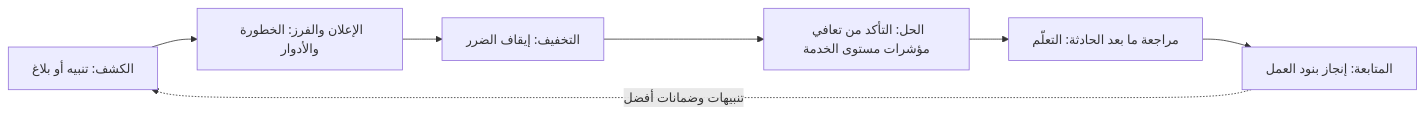
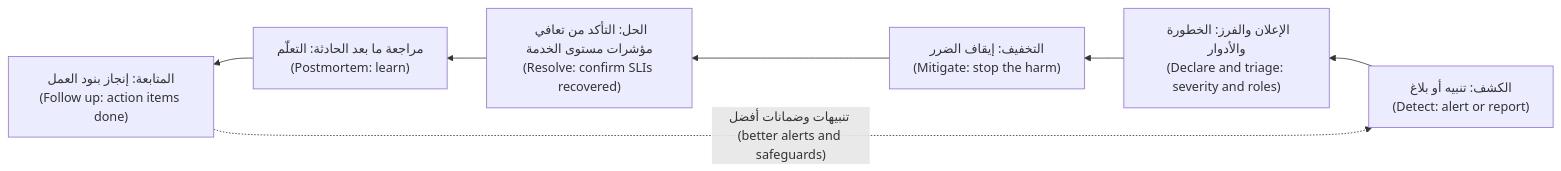
One commit to Tamoura/system-design-for-vibe-coders changed the third of 3 diagrams in cloud/modules/05-observability.ar.md. Above: the diagram before and after it, drawn with Mermaid. The commit also changed other lines of this file and 20 other files, not shown here.

First line of the commit message:
New courses: Arabic diagrams read right-to-left with English labels (modules 0–6)

````diff
--- a/cloud/modules/05-observability.ar.md
+++ b/cloud/modules/05-observability.ar.md
@@ -624,9 +624,9 @@
 ```mermaid
-flowchart LR
-  D["الكشف: تنبيه أو بلاغ"] --> T["الإعلان والفرز: الخطورة والأدوار"]
-  T --> M["التخفيف: إيقاف الضرر"]
-  M --> R["الحل: التأكد من تعافي مؤشرات مستوى الخدمة"]
-  R --> P["مراجعة ما بعد الحادثة: التعلّم"]
-  P --> F["المتابعة: إنجاز بنود العمل"]
-  F -.->|"تنبيهات وضمانات أفضل"| D
+flowchart RL
+  D["الكشف: تنبيه أو بلاغ<br/>(Detect: alert or report)"] --> T["الإعلان والفرز: الخطورة والأدوار<br/>(Declare and triage: severity and roles)"]
+  T --> M["التخفيف: إيقاف الضرر<br/>(Mitigate: stop the harm)"]
+  M --> R["الحل: التأكد من تعافي مؤشرات مستوى الخدمة<br/>(Resolve: confirm SLIs recovered)"]
+  R --> P["مراجعة ما بعد الحادثة: التعلّم<br/>(Postmortem: learn)"]
+  P --> F["المتابعة: إنجاز بنود العمل<br/>(Follow up: action items done)"]
+  F -.->|"تنبيهات وضمانات أفضل (better alerts and safeguards)"| D
 ```
````
